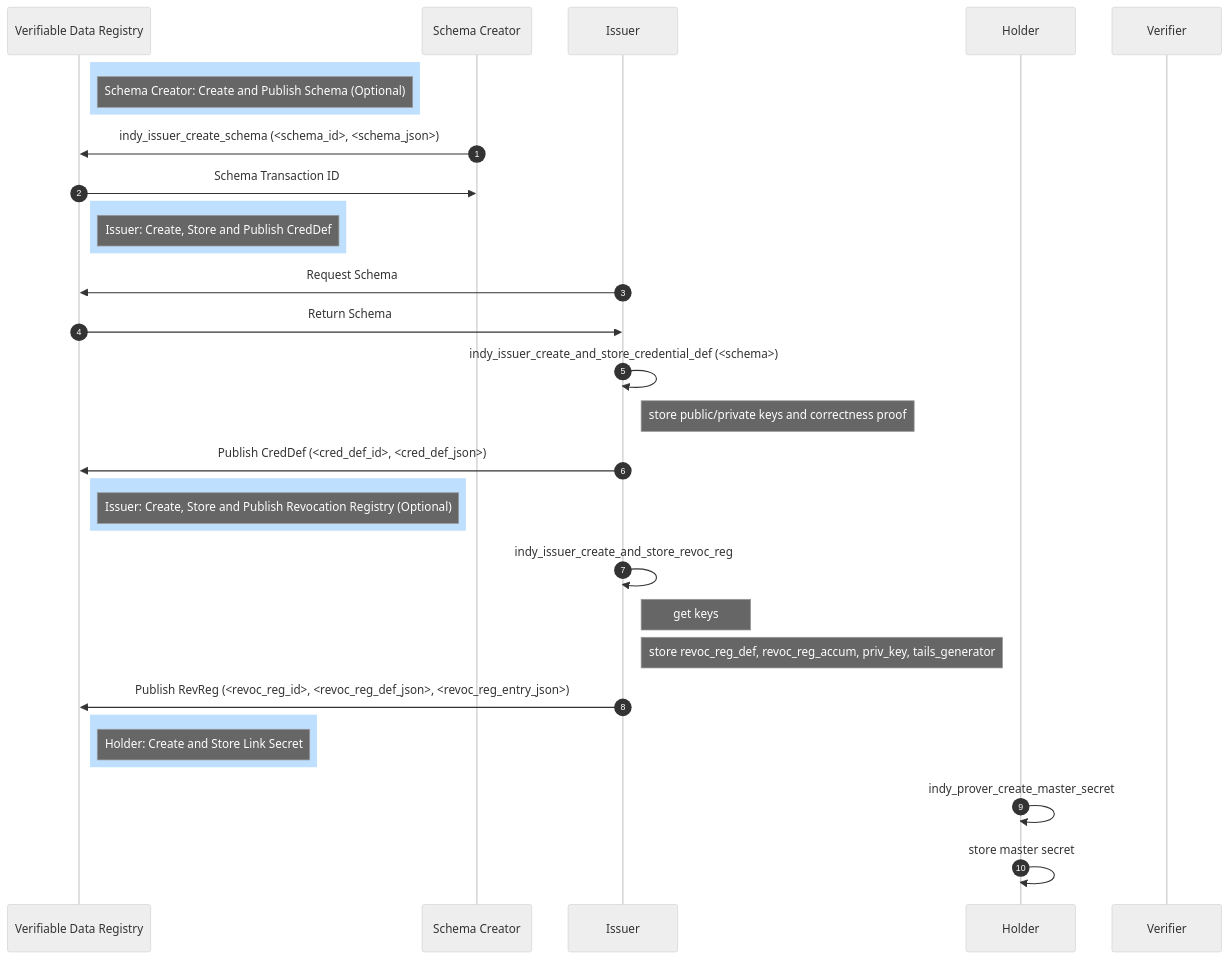
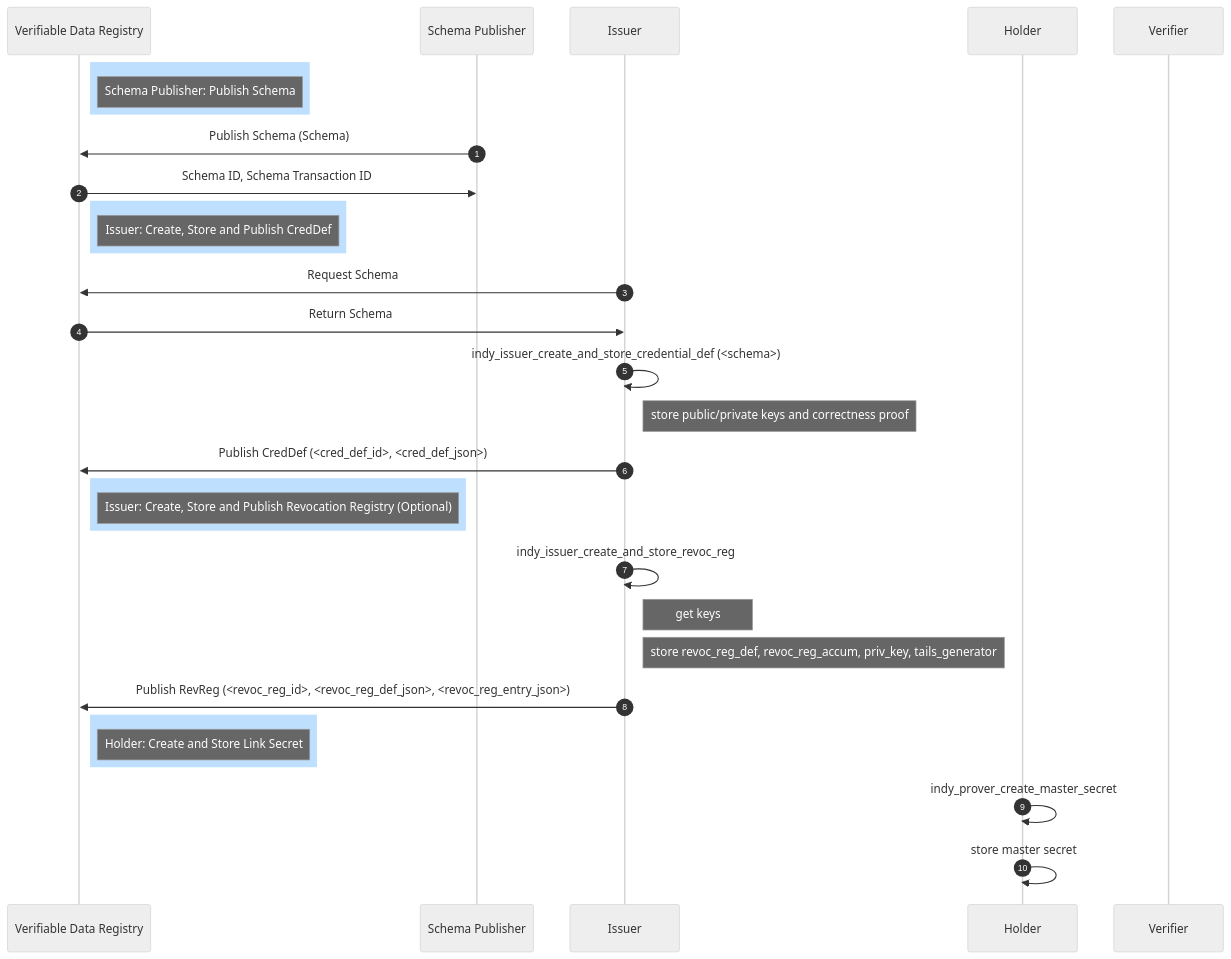
Before and after one commit to hyperledger/anoncreds-spec: the diagram in spec/data_flow_setup.md, drawn with Mermaid (neutral theme). The commit also changed other lines of this file, not shown here.

````diff
--- a/spec/data_flow_setup.md
+++ b/spec/data_flow_setup.md
@@ -17,35 +17,35 @@
 ```mermaid
 sequenceDiagram
     autonumber
     participant L as Verifiable Data Registry
-    participant SC as Schema Creator
+    participant SC as Schema Publisher
     participant I as Issuer
     participant H as Holder
     participant V as Verifier
 
     rect rgb(191, 223, 255)
-    Note right of L: Schema Creator: Create and Publish Schema (Optional)
+        Note right of L: Schema Publisher: Publish Schema
     end
-        SC ->> L: indy_issuer_create_schema (<schema_id>, <schema_json>)
-        L ->> SC: Schema Transaction ID
+    SC ->> L: Publish Schema (Schema)
+    L ->> SC: Schema ID, Schema Transaction ID
     rect rgb(191, 223, 255)
-    Note right of L: Issuer: Create, Store and Publish CredDef
+        Note right of L: Issuer: Create, Store and Publish CredDef
     end
-        I ->> L: Request Schema
-        L ->> I: Return Schema
-        I ->> I: indy_issuer_create_and_store_credential_def (<schema>)
-        Note right of I: store public/private keys and correctness proof
-        I ->> L: Publish CredDef (<cred_def_id>, <cred_def_json>)
+    I ->> L: Request Schema
+    L ->> I: Return Schema
+    I ->> I: indy_issuer_create_and_store_credential_def (<schema>)
+    Note right of I: store public/private keys and correctness proof
+    I ->> L: Publish CredDef (<cred_def_id>, <cred_def_json>)
     rect rgb(191, 223, 255)
-    Note right of L: Issuer: Create, Store and Publish Revocation Registry (Optional)
+        Note right of L: Issuer: Create, Store and Publish Revocation Registry (Optional)
     end
-        I ->> I: indy_issuer_create_and_store_revoc_reg
-        Note right of I: get keys
-        Note right of I: store revoc_reg_def, revoc_reg_accum, priv_key, tails_generator
-        I ->> L: Publish RevReg (<revoc_reg_id>, <revoc_reg_def_json>, <revoc_reg_entry_json>)
+    I ->> I: indy_issuer_create_and_store_revoc_reg
+    Note right of I: get keys
+    Note right of I: store revoc_reg_def, revoc_reg_accum, priv_key, tails_generator
+    I ->> L: Publish RevReg (<revoc_reg_id>, <revoc_reg_def_json>, <revoc_reg_entry_json>)
     rect rgb(191, 223, 255)
-    Note right of L: Holder: Create and Store Link Secret
+        Note right of L: Holder: Create and Store Link Secret
     end
-        H ->> H: indy_prover_create_master_secret
-        H ->> H: store master secret
+    H ->> H: indy_prover_create_master_secret
+    H ->> H: store master secret
 ```
````
